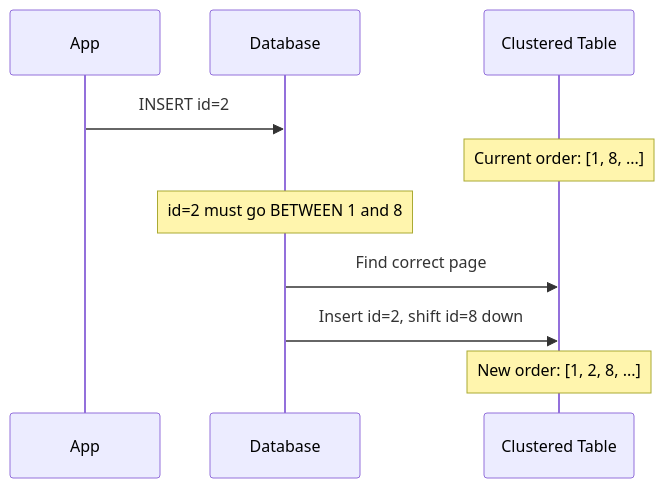
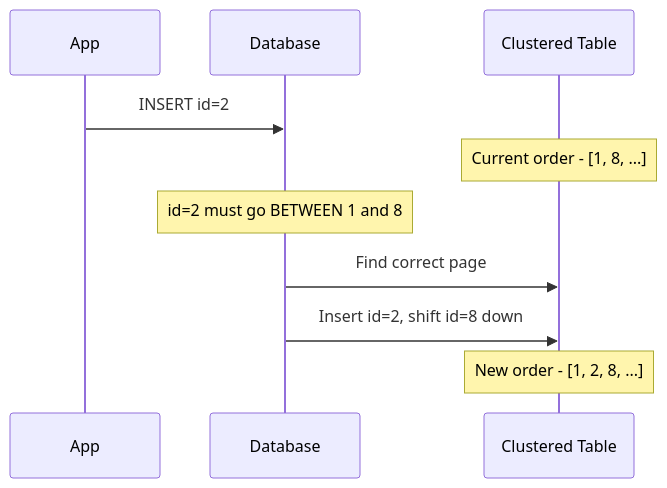
Before and after one commit to Patel-Neel-346/Notes: the first of 4 diagrams in Database/Database Internals/Primary Key vs Secondary Key.md, drawn with Mermaid. The commit also changed other lines of this file and 9 other files, not shown here.

````diff
--- a/Database/Database Internals/Primary Key vs Secondary Key.md
+++ b/Database/Database Internals/Primary Key vs Secondary Key.md
@@ -75,15 +75,15 @@
 ```mermaid
 sequenceDiagram
     participant App
     participant DB as Database
     participant Heap as Clustered Table
 
     App->>DB: INSERT id=2
 
-    Note over Heap: Current order: [1, 8, ...]
+    Note over Heap: Current order - [1, 8, ...]
     Note over DB: id=2 must go BETWEEN 1 and 8
 
     DB->>Heap: Find correct page
     DB->>Heap: Insert id=2, shift id=8 down
-    Note over Heap: New order: [1, 2, 8, ...]
+    Note over Heap: New order - [1, 2, 8, ...]
 ```
````
